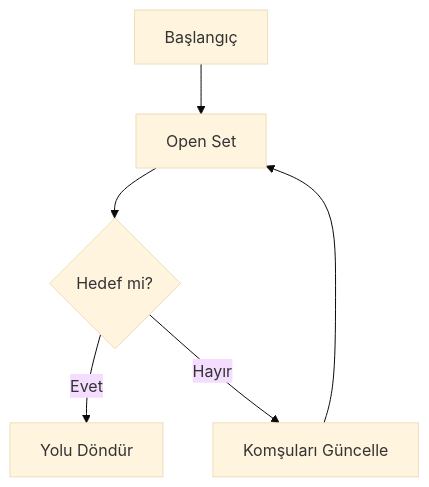
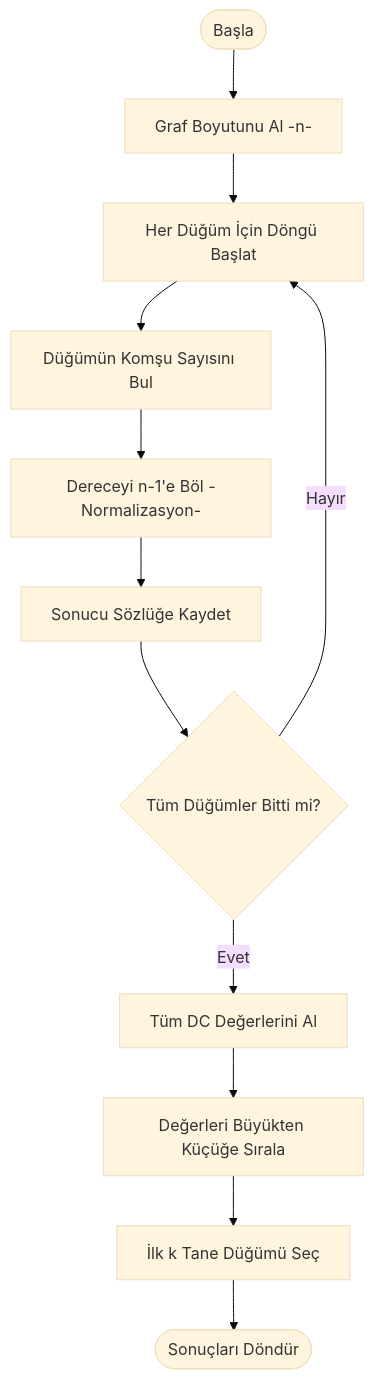
One commit to Yazilim-Gelistirme-2/Uni-Sosyal-Medya changed the fifth of 8 diagrams in README.md. Above: the diagram before and after it, drawn with Mermaid (base theme). The commit also changed other lines of this file, not shown here.

````diff
--- a/README.md
+++ b/README.md
@@ -84,8 +194,16 @@
 ```mermaid
-flowchart TD
-    A[Başlangıç] --> B[Open Set]
-    B --> C{Hedef mi?}
-    C -- Evet --> D[Yolu Döndür]
-    C -- Hayır --> E[Komşuları Güncelle]
-    E --> B
+graph TD
+    A([Başla]) --> B[Graf Boyutunu Al -n-]
+    B --> C[Her Düğüm İçin Döngü Başlat]
+    C --> D[Düğümün Komşu Sayısını Bul]
+    D --> E[Dereceyi n-1'e Böl -Normalizasyon-]
+    E --> F[Sonucu Sözlüğe Kaydet]
+    F --> G{Tüm Düğümler Bitti mi?}
+    
+    G -- Hayır --> C
+    G -- Evet --> H[Tüm DC Değerlerini Al]
+    
+    H --> I[Değerleri Büyükten Küçüğe Sırala]
+    I --> J[İlk k Tane Düğümü Seç]
+    J --> K([Sonuçları Döndür])
 ```
````
